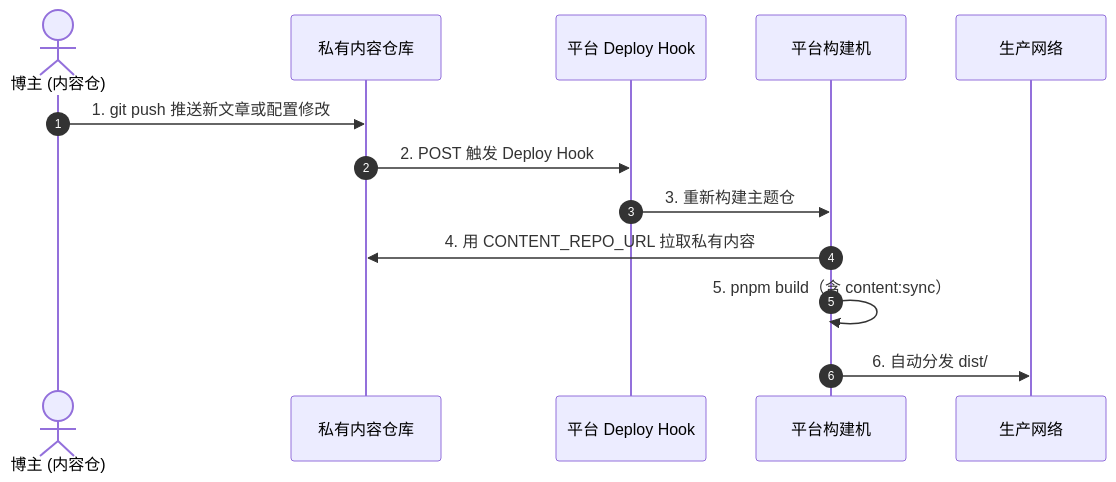
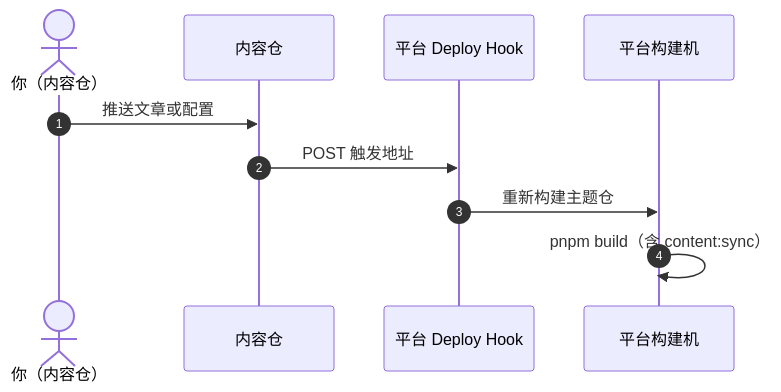
One commit to LyraVoid/Shirone-Docs changed the diagram in docs/guide/content-separation/deploy-hooks/README.md. Above: the diagram before and after it, drawn with Mermaid. The commit also changed other lines of this file and 21 other files, not shown here.

````diff
--- a/docs/guide/content-separation/deploy-hooks/README.md
+++ b/docs/guide/content-separation/deploy-hooks/README.md
@@ -11,16 +9,13 @@
 ```mermaid
 sequenceDiagram
     autonumber
-    actor Author as 博主 (内容仓)
-    participant ContentRepo as 私有内容仓库
+    actor Author as 你（内容仓）
+    participant ContentRepo as 内容仓
     participant Hook as 平台 Deploy Hook
     participant Builder as 平台构建机
-    participant CDN as 生产网络
 
-    Author->>ContentRepo: 1. git push 推送新文章或配置修改
-    ContentRepo->>Hook: 2. POST 触发 Deploy Hook
-    Hook->>Builder: 3. 重新构建主题仓
-    Builder->>ContentRepo: 4. 用 CONTENT_REPO_URL 拉取私有内容
-    Builder->>Builder: 5. pnpm build（含 content:sync）
-    Builder->>CDN: 6. 自动分发 dist/
+    Author->>ContentRepo: 推送文章或配置
+    ContentRepo->>Hook: POST 触发地址
+    Hook->>Builder: 重新构建主题仓
+    Builder->>Builder: pnpm build（含 content:sync）
 ```
````
